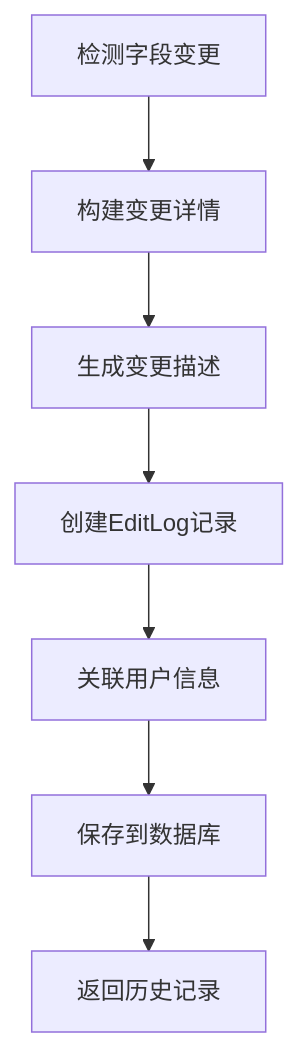
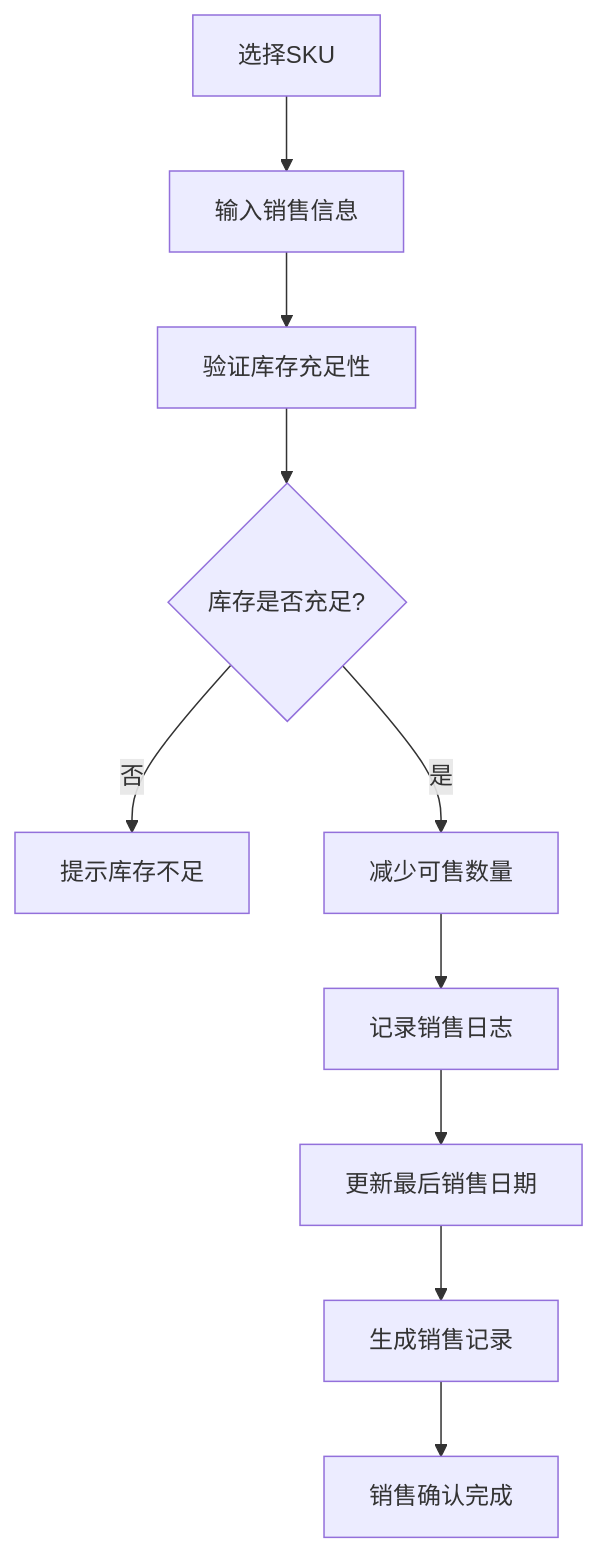
Diagram 11 of 14 in .trae/documents/05-业务流程详细规范文档.md (zhuoweishun/shuijing-erp), drawn with Mermaid before and after one commit. The commit also changed other lines of this file and 118 other files, not shown here.

````diff
--- a/.trae/documents/05-业务流程详细规范文档.md
+++ b/.trae/documents/05-业务流程详细规范文档.md
@@ -842,9 +424,12 @@
 ```mermaid
 flowchart TD
-    A[检测字段变更] --> B[构建变更详情]
-    B --> C[生成变更描述]
-    C --> D[创建EditLog记录]
-    D --> E[关联用户信息]
-    E --> F[保存到数据库]
-    F --> G[返回历史记录]
+    A[选择SKU] --> B[输入销售信息]
+    B --> C[验证库存充足性]
+    C --> D{库存是否充足?}
+    D -->|否| E[提示库存不足]
+    D -->|是| F[减少可售数量]
+    F --> G[记录销售日志]
+    G --> H[更新最后销售日期]
+    H --> I[生成销售记录]
+    I --> J[销售确认完成]
 ```
````
